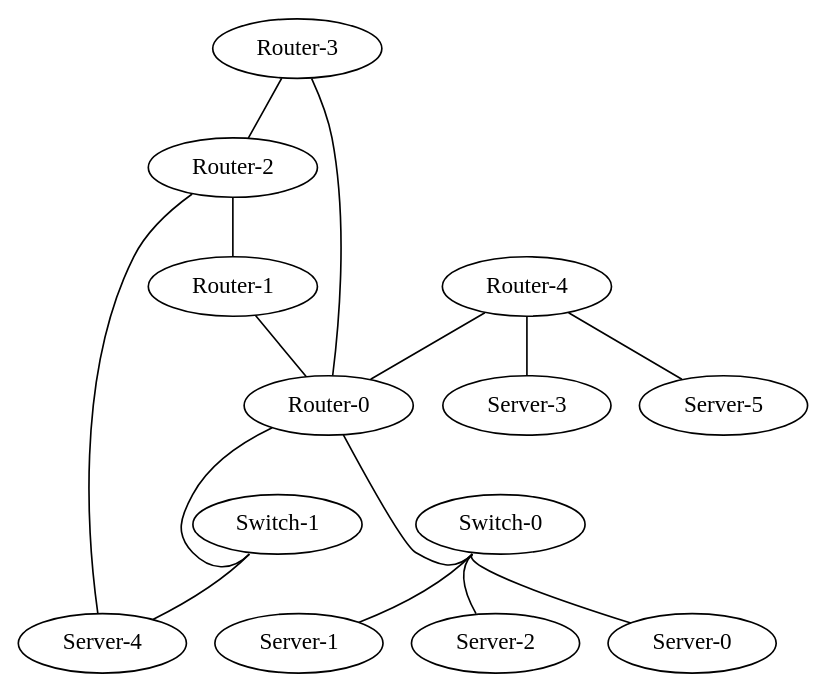
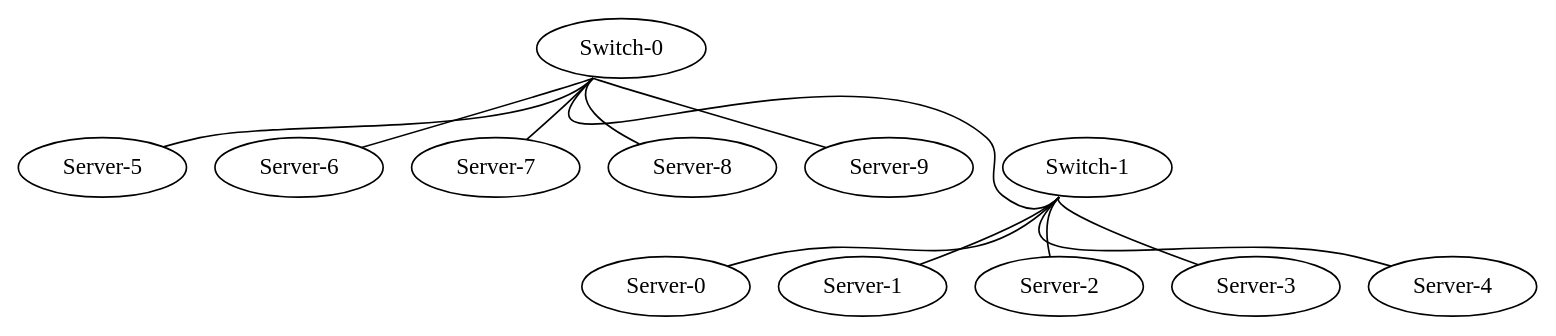
Before and after one commit to matferronato/TopologyGen: the diagram in TopologyGen/TopologyInfo/topology.dot, drawn with Graphviz. The commit also changed 388 other files, not shown here.

```diff
--- a/TopologyGen/TopologyInfo/topology.dot
+++ b/TopologyGen/TopologyInfo/topology.dot
@@ -1,29 +1,25 @@
 graph vx {
-"Router-0" [function="leaf" vagrant="eth1" os="hashicorp/bionic64" version="1.0.282" memory="500" config="./helper_scripts/config_production_switch.sh" ]
-"Router-1" [function="leaf" vagrant="eth1" os="hashicorp/bionic64" version="1.0.282" memory="500" config="./helper_scripts/config_production_switch.sh" ]
-"Router-2" [function="leaf" vagrant="eth1" os="hashicorp/bionic64" version="1.0.282" memory="500" config="./helper_scripts/config_production_switch.sh" ]
-"Router-3" [function="leaf" vagrant="eth1" os="hashicorp/bionic64" version="1.0.282" memory="500" config="./helper_scripts/config_production_switch.sh" ]
-"Router-4" [function="leaf" vagrant="eth1" os="hashicorp/bionic64" version="1.0.282" memory="500" config="./helper_scripts/config_production_switch.sh" ]
 "Server-0" [function="leaf" vagrant="eth1" os="hashicorp/bionic64" version="1.0.282" memory="500" config="./helper_scripts/config_production_switch.sh" ]
 "Server-1" [function="leaf" vagrant="eth1" os="hashicorp/bionic64" version="1.0.282" memory="500" config="./helper_scripts/config_production_switch.sh" ]
 "Server-2" [function="leaf" vagrant="eth1" os="hashicorp/bionic64" version="1.0.282" memory="500" config="./helper_scripts/config_production_switch.sh" ]
 "Server-3" [function="leaf" vagrant="eth1" os="hashicorp/bionic64" version="1.0.282" memory="500" config="./helper_scripts/config_production_switch.sh" ]
 "Server-4" [function="leaf" vagrant="eth1" os="hashicorp/bionic64" version="1.0.282" memory="500" config="./helper_scripts/config_production_switch.sh" ]
 "Server-5" [function="leaf" vagrant="eth1" os="hashicorp/bionic64" version="1.0.282" memory="500" config="./helper_scripts/config_production_switch.sh" ]
+"Server-6" [function="leaf" vagrant="eth1" os="hashicorp/bionic64" version="1.0.282" memory="500" config="./helper_scripts/config_production_switch.sh" ]
+"Server-7" [function="leaf" vagrant="eth1" os="hashicorp/bionic64" version="1.0.282" memory="500" config="./helper_scripts/config_production_switch.sh" ]
+"Server-8" [function="leaf" vagrant="eth1" os="hashicorp/bionic64" version="1.0.282" memory="500" config="./helper_scripts/config_production_switch.sh" ]
+"Server-9" [function="leaf" vagrant="eth1" os="hashicorp/bionic64" version="1.0.282" memory="500" config="./helper_scripts/config_production_switch.sh" ]
 "Switch-0" [function="leaf" vagrant="eth1" os="hashicorp/bionic64" version="1.0.282" memory="500" config="./helper_scripts/config_production_switch.sh" ]
 "Switch-1" [function="leaf" vagrant="eth1" os="hashicorp/bionic64" version="1.0.282" memory="500" config="./helper_scripts/config_production_switch.sh" ]
-"Router-4":"eth1" -- "Server-5":"eth100"
-"Switch-1":"swp1" -- "Server-4":"eth50"
-"Switch-0":"swp1" -- "Server-2":"eth50"
-"Router-0":"eth50" -- "Switch-0":"swp100"
-"Switch-0":"swp2" -- "Server-1":"eth50"
-"Switch-0":"swp3" -- "Server-0":"eth50"
-"Router-0":"eth51" -- "Switch-1":"swp100"
-"Router-4":"eth100" -- "Router-0":"eth100"
-"Router-2":"eth1" -- "Server-4":"eth100"
-"Router-1":"eth100" -- "Router-0":"eth101"
-"Router-2":"eth100" -- "Router-1":"eth101"
-"Router-3":"eth100" -- "Router-0":"eth102"
-"Router-3":"eth101" -- "Router-2":"eth101"
-"Router-4":"eth2" -- "Server-3":"eth100"
+"Switch-0":"swp1" -- "Server-9":"eth50"
+"Switch-0":"swp50" -- "Switch-1":"swp50"
+"Switch-1":"swp1" -- "Server-0":"eth50"
+"Switch-1":"swp2" -- "Server-1":"eth50"
+"Switch-1":"swp3" -- "Server-2":"eth50"
+"Switch-1":"swp4" -- "Server-3":"eth50"
+"Switch-1":"swp5" -- "Server-4":"eth50"
+"Switch-0":"swp2" -- "Server-5":"eth50"
+"Switch-0":"swp3" -- "Server-6":"eth50"
+"Switch-0":"swp4" -- "Server-7":"eth50"
+"Switch-0":"swp5" -- "Server-8":"eth50"
 }
```
